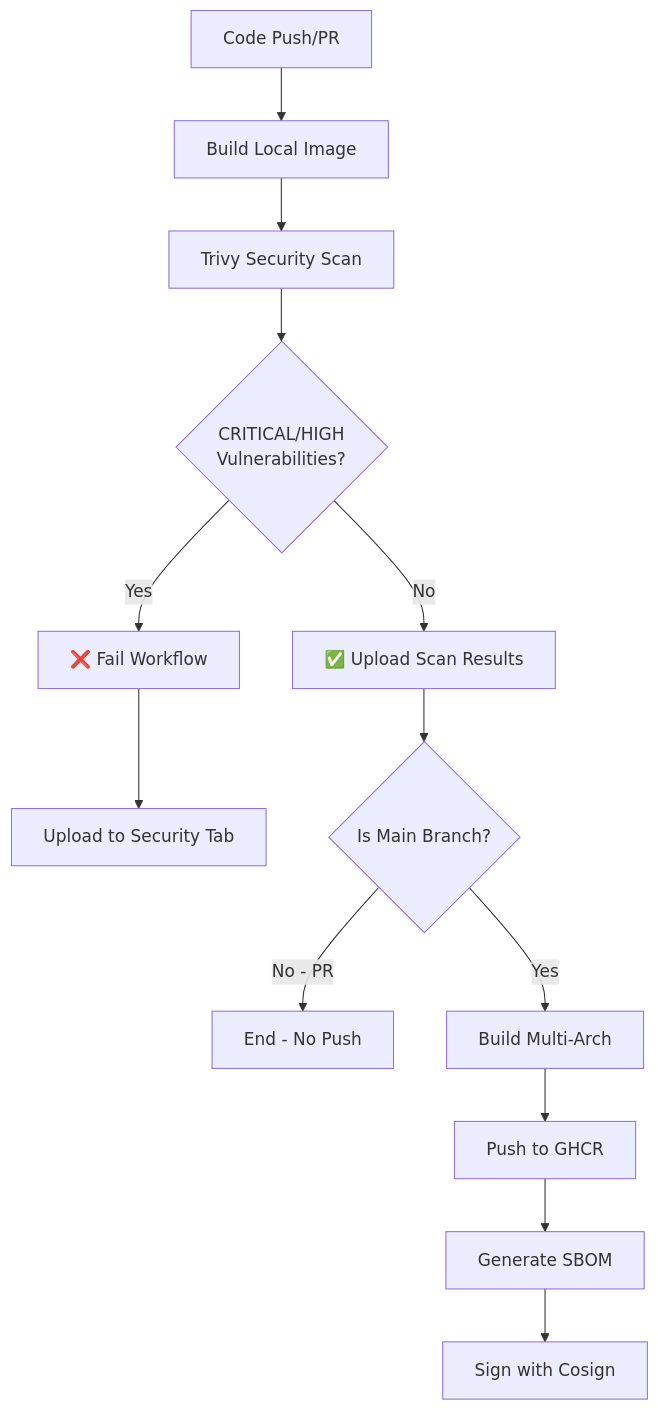
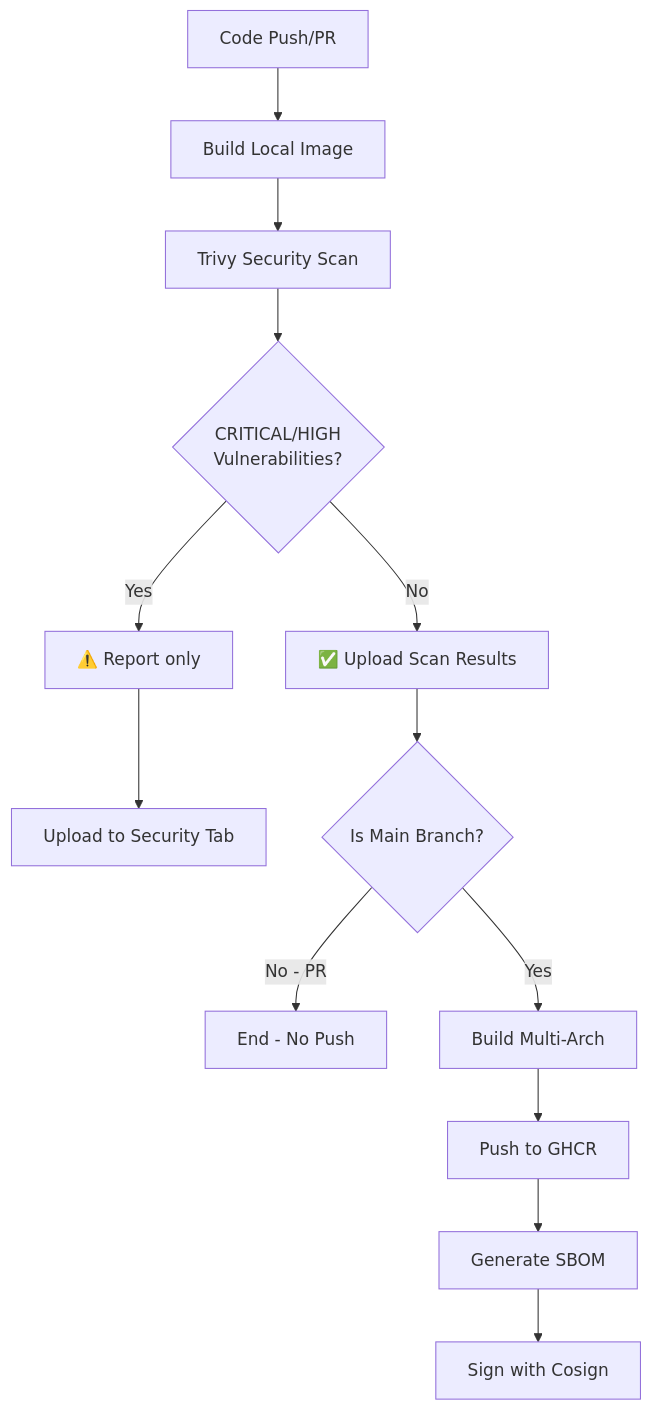
One commit to Jubblin/talos-cilium changed the diagram in .github/workflows/SECURITY_GATE.md. Above: the diagram before and after it, drawn with Mermaid. The commit also changed other lines of this file and 24 other files, not shown here.

````diff
--- a/.github/workflows/SECURITY_GATE.md
+++ b/.github/workflows/SECURITY_GATE.md
@@ -8,15 +8,15 @@
 ```mermaid
 graph TD
     A[Code Push/PR] --> B[Build Local Image]
     B --> C[Trivy Security Scan]
     C --> D{CRITICAL/HIGH<br/>Vulnerabilities?}
-    D -->|Yes| E[❌ Fail Workflow]
+    D -->|Yes| E[⚠️ Report only]
     D -->|No| F[✅ Upload Scan Results]
     E --> G[Upload to Security Tab]
     F --> H{Is Main Branch?}
     H -->|No - PR| I[End - No Push]
     H -->|Yes| J[Build Multi-Arch]
     J --> K[Push to GHCR]
     K --> L[Generate SBOM]
     L --> M[Sign with Cosign]
 ```
````
